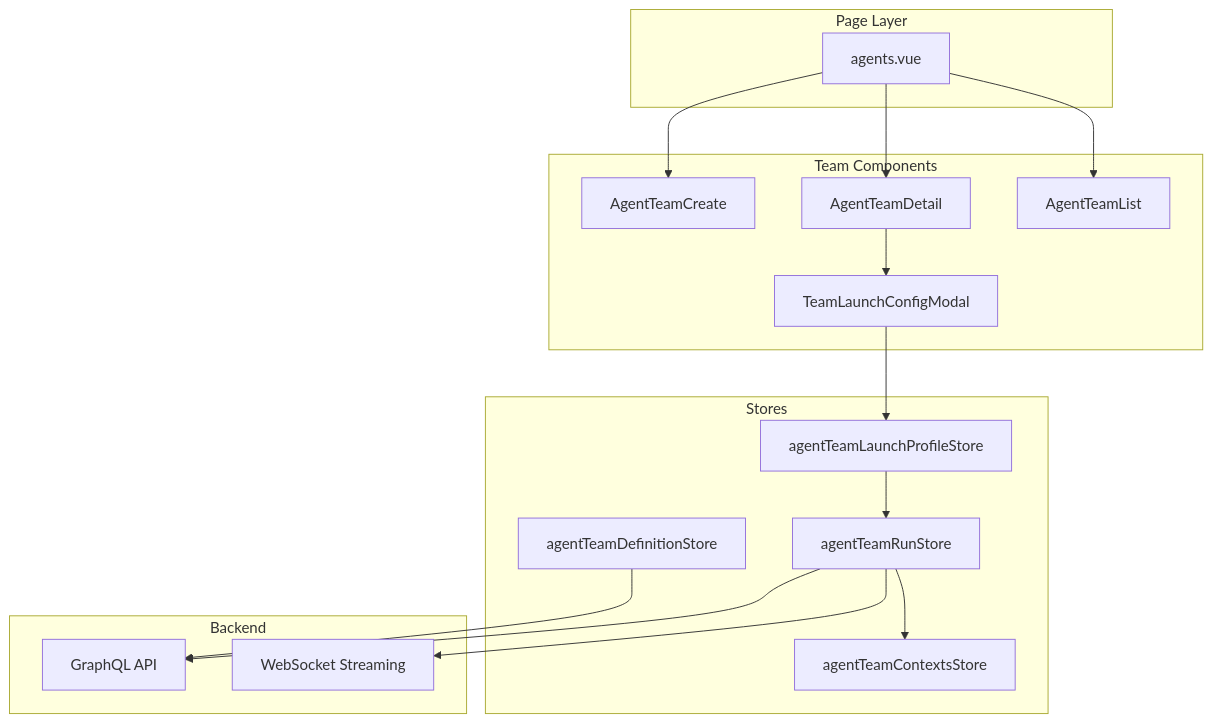
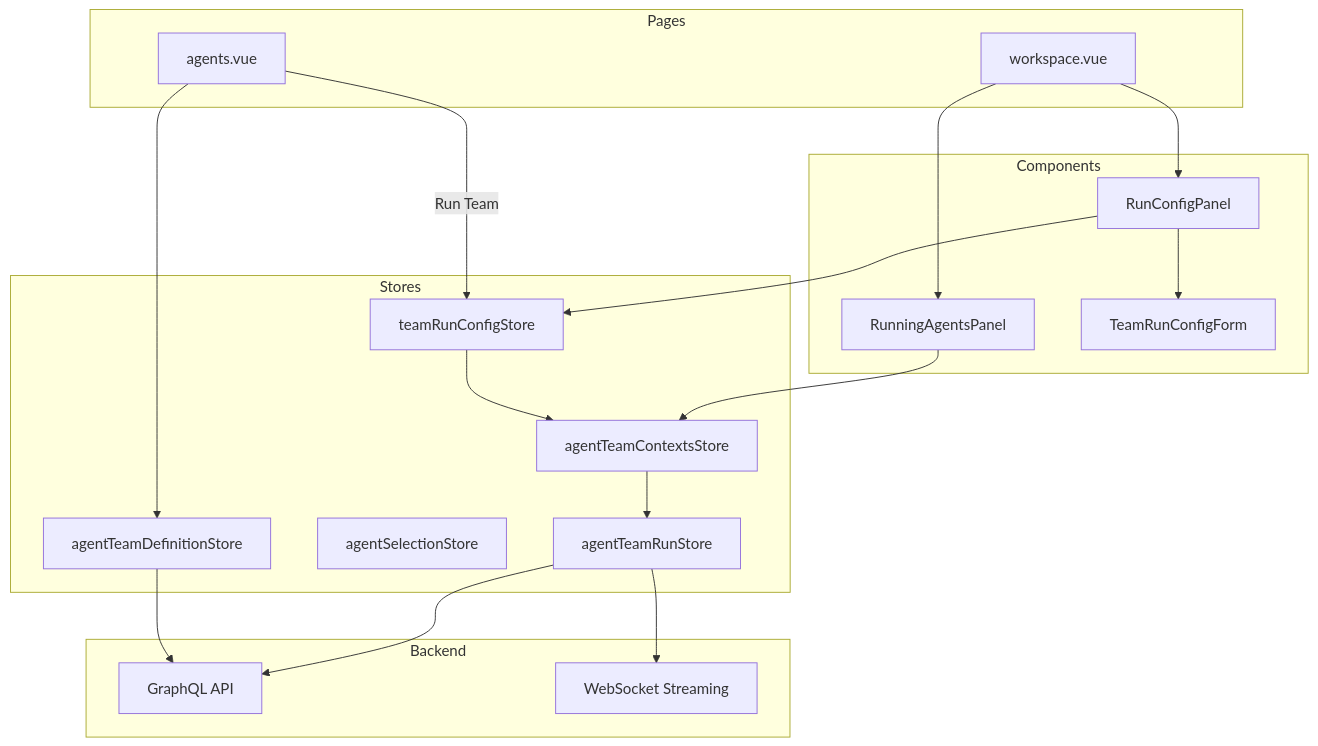
Before and after one commit to AutoByteus/autobyteus-web: the first of 4 diagrams in docs/agent_teams.md, drawn with Mermaid. The commit also changed other lines of this file and 98 other files, not shown here.

First line of the commit message:
refactor: Replace Agent Launch Profiles with per-instance Run Configs

````diff
--- a/docs/agent_teams.md
+++ b/docs/agent_teams.md
@@ -51,38 +62,41 @@
 ```mermaid
 flowchart TD
-    subgraph "Page Layer"
+    subgraph "Pages"
         AgentsPage[agents.vue]
+        WorkspacePage[workspace.vue]
     end
 
-    subgraph "Team Components"
-        TeamList[AgentTeamList]
-        TeamDetail[AgentTeamDetail]
-        TeamCreate[AgentTeamCreate]
-        LaunchModal[TeamLaunchConfigModal]
+    subgraph "Components"
+        RunningPanel[RunningAgentsPanel]
+        ConfigPanel[RunConfigPanel]
+        TeamForm[TeamRunConfigForm]
     end
 
     subgraph "Stores"
         DefStore[agentTeamDefinitionStore]
-        ProfileStore[agentTeamLaunchProfileStore]
+        RunConfigStore[teamRunConfigStore]
+        ContextsStore[agentTeamContextsStore]
+        SelectionStore[agentSelectionStore]
         RunStore[agentTeamRunStore]
-        ContextStore[agentTeamContextsStore]
     end
 
     subgraph "Backend"
         GraphQL[GraphQL API]
         WS[WebSocket Streaming]
     end
 
-    AgentsPage --> TeamList
-    AgentsPage --> TeamDetail
-    AgentsPage --> TeamCreate
+    AgentsPage --> DefStore
+    AgentsPage -- "Run Team" --> RunConfigStore
+    WorkspacePage --> RunningPanel
+    WorkspacePage --> ConfigPanel
 
-    TeamDetail --> LaunchModal
-    LaunchModal --> ProfileStore
-    ProfileStore --> RunStore
-    RunStore --> ContextStore
+    RunningPanel --> ContextsStore
+    ConfigPanel --> RunConfigStore
+    ConfigPanel --> TeamForm
+
+    RunConfigStore --> ContextsStore
+    ContextsStore --> RunStore
     RunStore --> WS
-
+    RunStore --> GraphQL
     DefStore --> GraphQL
-    RunStore --> GraphQL
 ```
````
